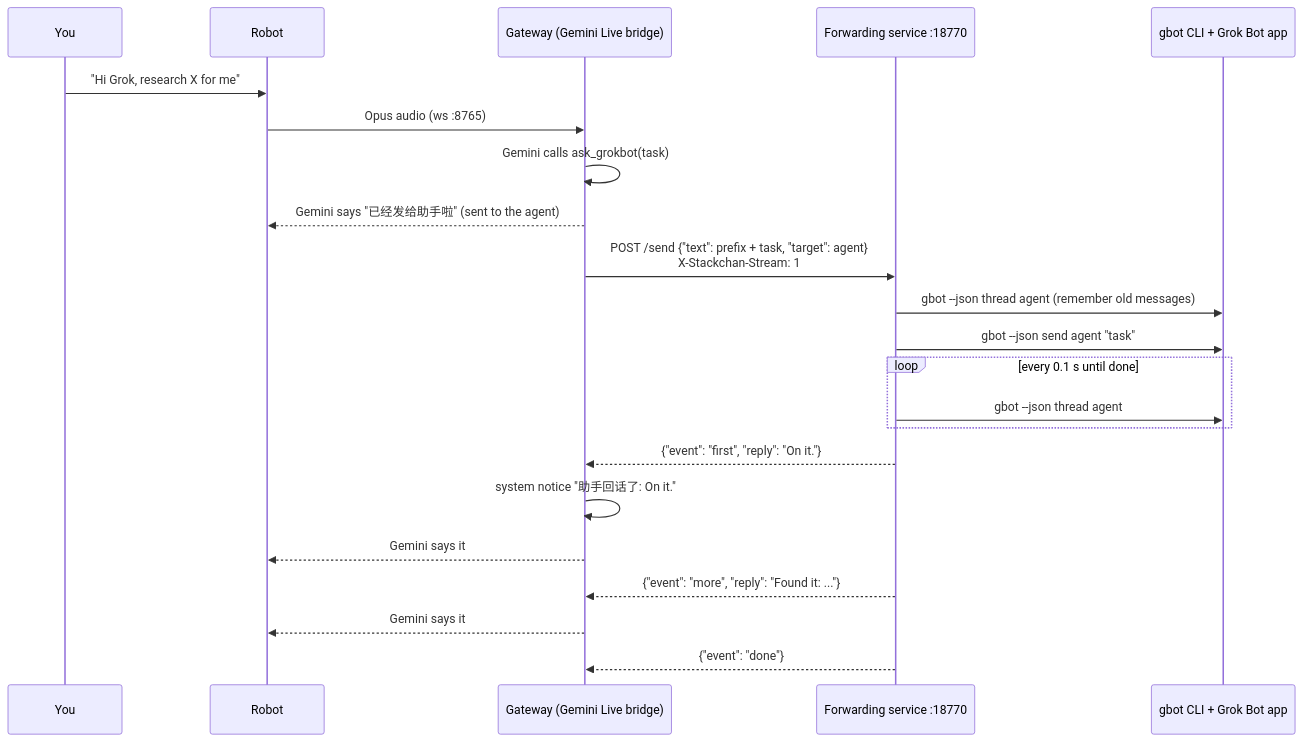
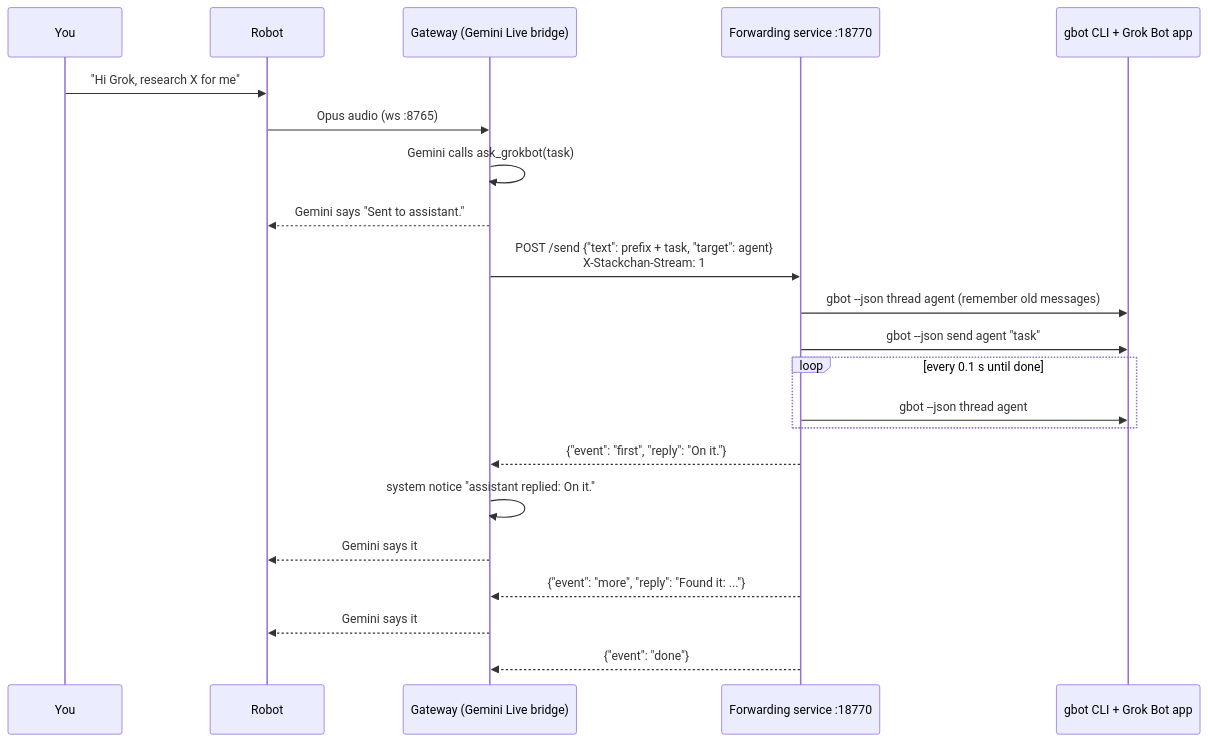
Before and after one commit to sefuzhou770801-hub/groki-bot: the second of 2 diagrams in docs/architecture.md, drawn with Mermaid. The commit also changed 3 other files, not shown here.

````diff
--- a/docs/architecture.md
+++ b/docs/architecture.md
@@ -117,25 +117,25 @@
 ```mermaid
 sequenceDiagram
     participant U as You
     participant R as Robot
     participant G as Gateway (Gemini Live bridge)
     participant P as Forwarding service :18770
     participant B as gbot CLI + Grok Bot app
 
     U->>R: "Hi Grok, research X for me"
     R->>G: Opus audio (ws :8765)
     G->>G: Gemini calls ask_grokbot(task)
-    G-->>R: Gemini says "已经发给助手啦" (sent to the agent)
+    G-->>R: Gemini says "Sent to assistant."
     G->>P: POST /send {"text": prefix + task, "target": agent}<br/>X-Stackchan-Stream: 1
     P->>B: gbot --json thread agent (remember old messages)
     P->>B: gbot --json send agent "task"
     loop every 0.1 s until done
         P->>B: gbot --json thread agent
     end
     P-->>G: {"event": "first", "reply": "On it."}
-    G->>G: system notice "助手回话了: On it."
+    G->>G: system notice "assistant replied: On it."
     G-->>R: Gemini says it
     P-->>G: {"event": "more", "reply": "Found it: ..."}
     G-->>R: Gemini says it
     P-->>G: {"event": "done"}
 ```
````
